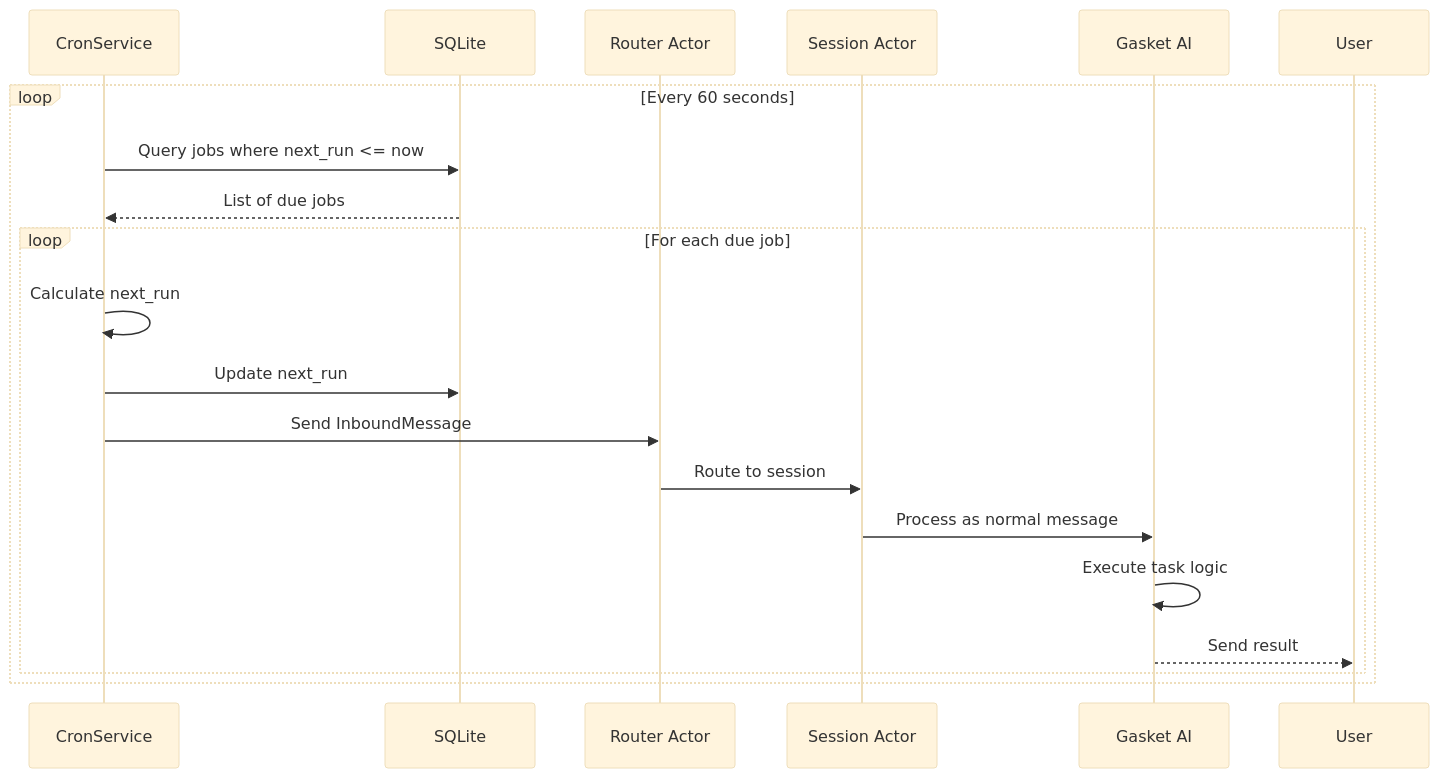
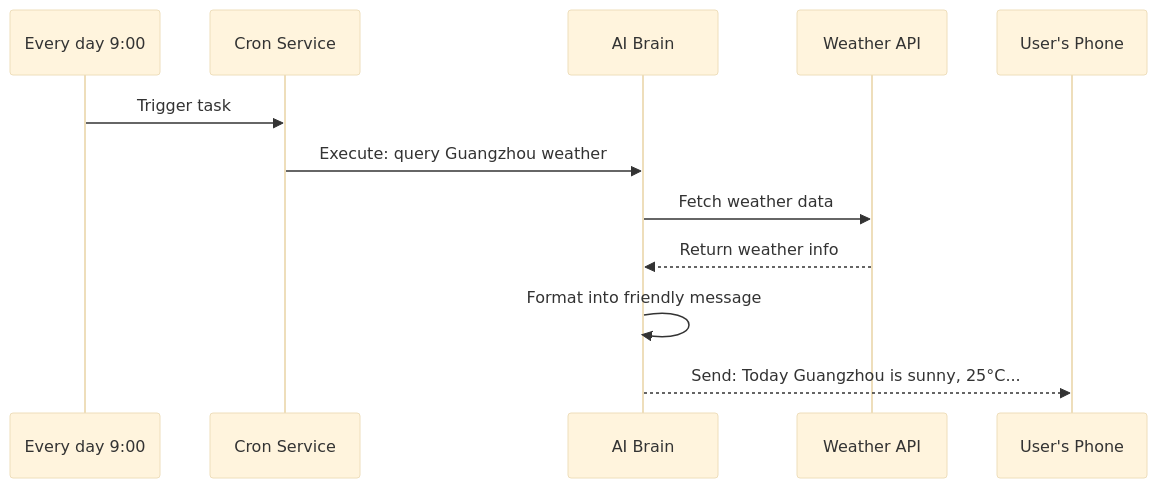
The tenth of 13 diagrams in docs/cron-en.md (yeheng/nanobot-rs), drawn with Mermaid (base theme) before and after one commit. The commit also changed other lines of this file and 35 other files, not shown here.

````diff
--- a/docs/cron-en.md
+++ b/docs/cron-en.md
@@ -211,25 +236,15 @@
 ```mermaid
 sequenceDiagram
-    participant Cron as CronService
-    participant DB as SQLite
-    participant Router as Router Actor
-    participant Session as Session Actor
-    participant AI as Gasket AI
-    participant User as User
-    
-    loop Every 60 seconds
-        Cron->>DB: Query jobs where next_run <= now
-        DB-->>Cron: List of due jobs
-        
-        loop For each due job
-            Cron->>Cron: Calculate next_run
-            Cron->>DB: Update next_run
-            
-            Cron->>Router: Send InboundMessage
-            Router->>Session: Route to session
-            Session->>AI: Process as normal message
-            AI->>AI: Execute task logic
-            AI-->>User: Send result
-        end
-    end
+    participant Time as Every day 9:00
+    participant Cron as Cron Service
+    participant AI as AI Brain
+    participant API as Weather API
+    participant User as User's Phone
+
+    Time->>Cron: Trigger task
+    Cron->>AI: Execute: query Guangzhou weather
+    AI->>API: Fetch weather data
+    API-->>AI: Return weather info
+    AI->>AI: Format into friendly message
+    AI-->>User: Send: Today Guangzhou is sunny, 25°C...
 ```
````
